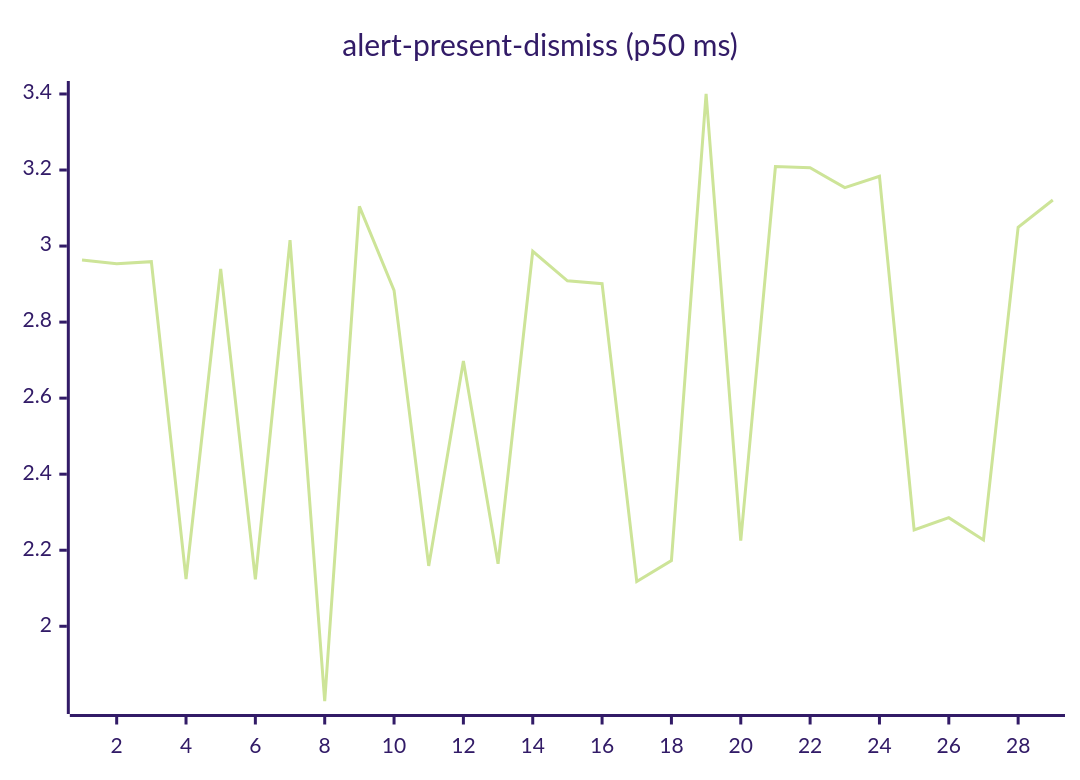
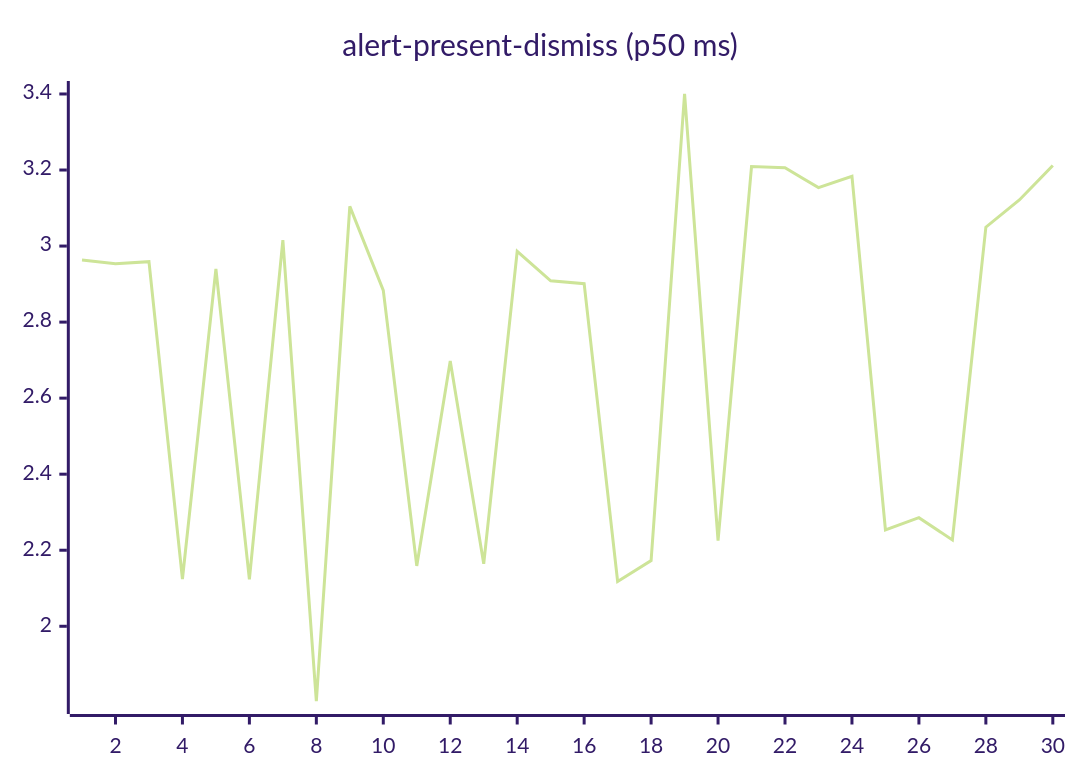
One commit to josha/Facet changed the second of 27 diagrams in README.md. Above: the diagram before and after it, drawn with Mermaid (forest theme). The commit also changed other lines of this file and 2 other files, not shown here.

````diff
--- a/README.md
+++ b/README.md
@@ -70,6 +70,6 @@
 ```mermaid
 xychart-beta
     title "alert-present-dismiss (p50 ms)"
-    x-axis 1 --> 29
-    line [2.9632, 2.9538, 2.9589, 2.1244, 2.9396, 2.1232, 3.0157, 1.8028, 3.1043, 2.8834, 2.1588, 2.6974, 2.1643, 2.9862, 2.9085, 2.9011, 2.1177, 2.1729, 3.4006, 2.2253, 3.2090, 3.2058, 3.1536, 3.1837, 2.2536, 2.2857, 2.2272, 3.0496, 3.1212]
+    x-axis 1 --> 30
+    line [2.9632, 2.9538, 2.9589, 2.1244, 2.9396, 2.1232, 3.0157, 1.8028, 3.1043, 2.8834, 2.1588, 2.6974, 2.1643, 2.9862, 2.9085, 2.9011, 2.1177, 2.1729, 3.4006, 2.2253, 3.2090, 3.2058, 3.1536, 3.1837, 2.2536, 2.2857, 2.2272, 3.0496, 3.1212, 3.2117]
 ```
````
